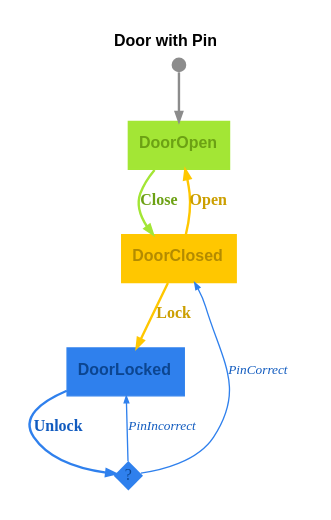
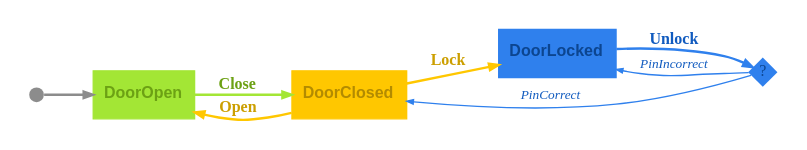
One commit to m-bock/purescript-transit changed the diagram in renders/door-pin-light.dot. Above: the diagram before and after it, drawn with Graphviz. The commit also changed 44 other files, not shown here.

```diff
--- a/renders/door-pin-light.dot
+++ b/renders/door-pin-light.dot
@@ -1,16 +1,16 @@
 digraph 
 {
-rankdir = "TD";fontname = "Arial";label = <<b>Door with Pin</b>>;labelloc = "t";fontsize = 12;bgcolor = "#ffffff";color = "#000000";fontcolor = "#000000";pad = 0.2
+rankdir = "TD";fontname = "Arial";labelloc = "t";fontsize = 12;bgcolor = "#ffffff";color = "#000000";fontcolor = "#000000";pad = 0.2;rankdir = "LR"
 DoorOpen [shape = "box", label = <<b>DoorOpen</b>>, fontsize = 12, style = "filled", fillcolor = "#a3e635", fontcolor = "#6ca114", color = "#a3e635", fontname = "Arial", labelloc = "c", penwidth = 1.0]
 __Start__ [shape = "circle", label = "", width = 0.15, height = 0.15, fixedsize = true, style = "filled", fillcolor = "#8c8c8c", penwidth = 0.0]
 __Start__ -> DoorOpen [color = "#8c8c8c", fontsize = 12, arrowsize = "0.7", penwidth = 1.8]
 DoorOpen -> DoorClosed [color = "#a3e635", fontcolor = "#6ca114", fontsize = 12, arrowsize = "0.7", label = <<b>Close</b>>, penwidth = 1.8]
 DoorClosed [shape = "box", label = <<b>DoorClosed</b>>, fontsize = 12, style = "filled", fillcolor = "#ffc700", fontcolor = "#b38b00", color = "#ffc700", fontname = "Arial", labelloc = "c", penwidth = 1.0]
 DoorClosed -> DoorOpen [color = "#ffc700", fontcolor = "#cc9f00", fontsize = 12, arrowsize = "0.7", label = <<b>Open</b>>, penwidth = 1.8]
 DoorClosed -> DoorLocked [color = "#ffc700", fontcolor = "#cc9f00", fontsize = 12, arrowsize = "0.7", label = <<b>Lock</b>>, penwidth = 1.8]
 DoorLocked [shape = "box", label = <<b>DoorLocked</b>>, fontsize = 12, style = "filled", fillcolor = "#2f80ed", fontcolor = "#0c4590", color = "#2f80ed", fontname = "Arial", labelloc = "c", penwidth = 1.0]
 decision_DoorLocked_Unlock [shape = "diamond", label = "?", fontsize = 12, fontcolor = "#0c4590", style = "filled", fillcolor = "#2f80ed", penwidth = 0.0, fixedsize = true, width = 0.3, height = 0.3]
 DoorLocked -> decision_DoorLocked_Unlock [color = "#2f80ed", fontcolor = "#115bbf", fontsize = 12, arrowsize = "0.7", label = <<b>Unlock</b>>, penwidth = 1.8]
 decision_DoorLocked_Unlock -> DoorLocked [color = "#2f80ed", fontcolor = "#115bbf", fontsize = 10, arrowsize = "0.5", label = <<i>PinIncorrect</i>>, penwidth = 1.0]
 decision_DoorLocked_Unlock -> DoorClosed [color = "#2f80ed", fontcolor = "#115bbf", fontsize = 10, arrowsize = "0.5", label = <<i>PinCorrect</i>>, penwidth = 1.0]
 }
```
